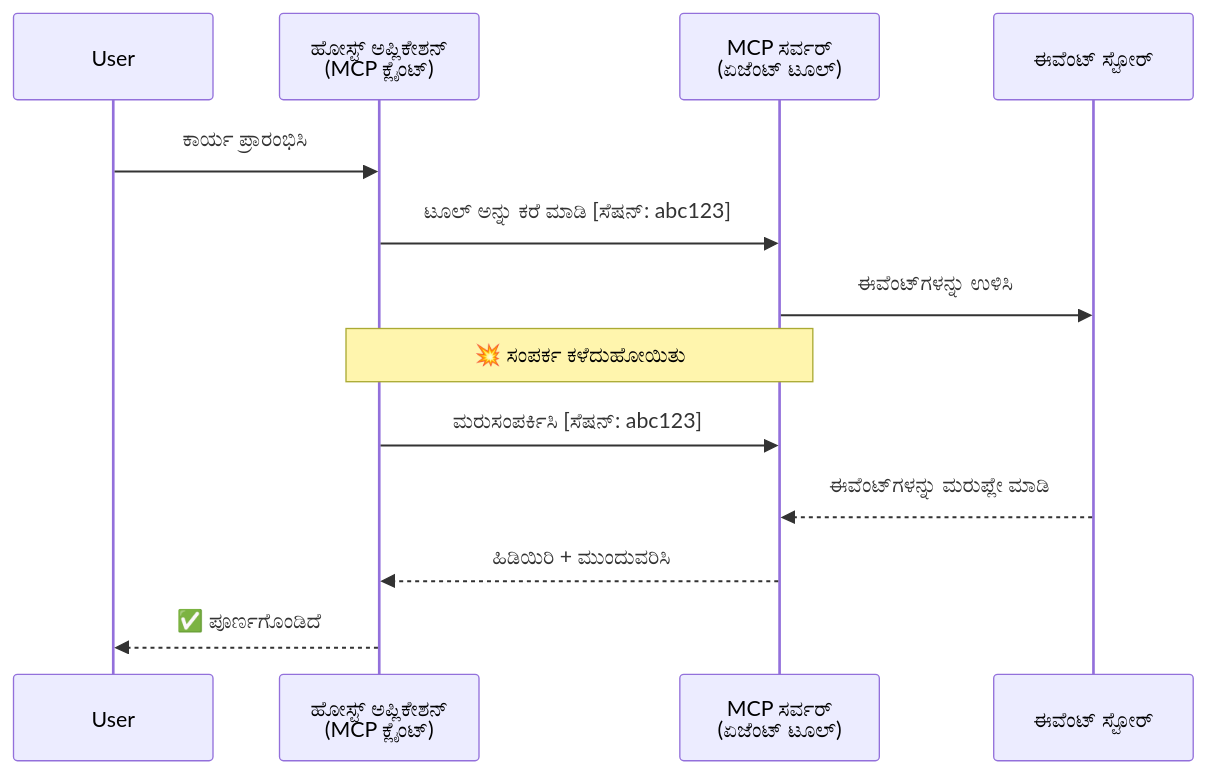
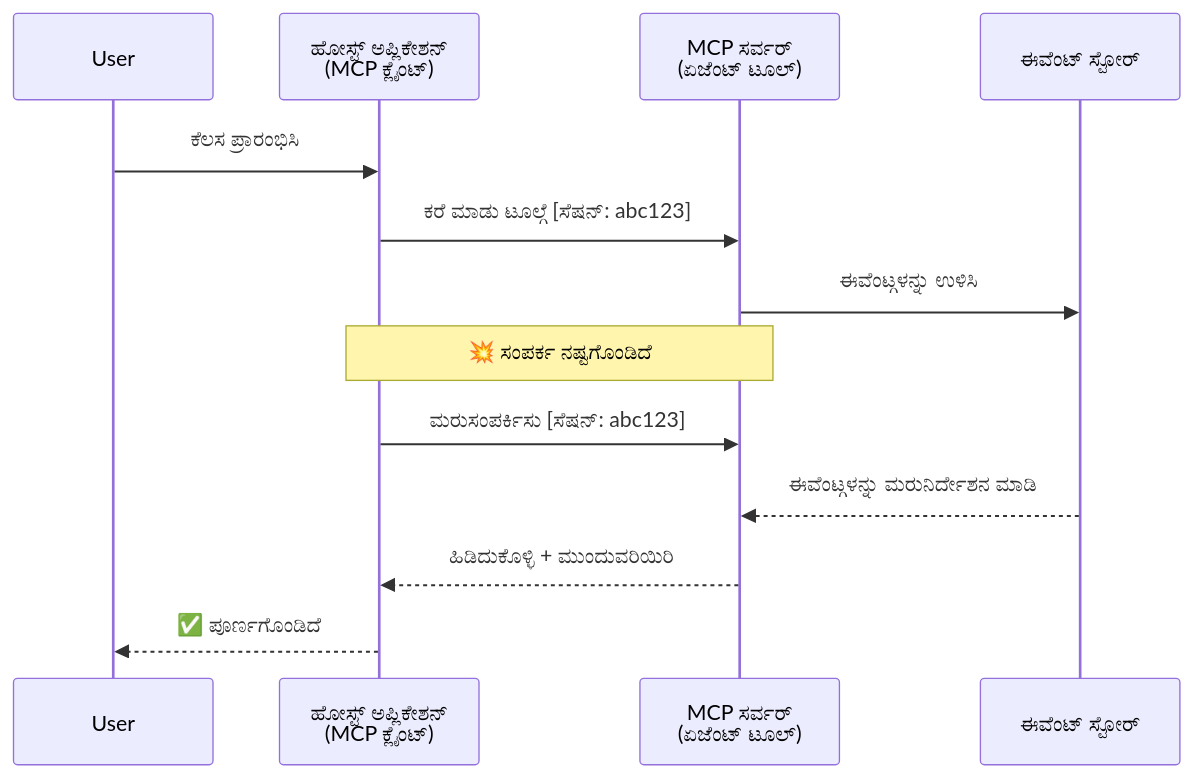
The second of 5 diagrams in translations/kn/11-agentic-protocols/code_samples/mcp-agents/README.md (microsoft/ai-agents-for-beginners), drawn with Mermaid before and after one commit. The commit also changed other lines of this file and 224 other files, not shown here.

````diff
--- a/translations/kn/11-agentic-protocols/code_samples/mcp-agents/README.md
+++ b/translations/kn/11-agentic-protocols/code_samples/mcp-agents/README.md
@@ -81,18 +82,18 @@
 ```mermaid
 sequenceDiagram
     participant User
     participant Host as ಹೋಸ್ಟ್ ಅಪ್ಲಿಕೇಶನ್<br/>(MCP ಕ್ಲೈಂಟ್)
     participant Server as MCP ಸರ್ವರ್<br/>(ಏಜೆಂಟ್ ಟೂಲ್)
     participant Store as ಈವೆಂಟ್ ಸ್ಟೋರ್
 
-    User->>Host: ಕಾರ್ಯ ಪ್ರಾರಂಭಿಸಿ
-    Host->>Server: ಟೂಲ್ ಅನ್ನು ಕರೆ ಮಾಡಿ [ಸೆಷನ್: abc123]
-    Server->>Store: ಈವೆಂಟ್‌ಗಳನ್ನು ಉಳಿಸಿ
+    User->>Host: ಕೆಲಸ ಪ್ರಾರಂಭಿಸಿ
+    Host->>Server: ಕರೆ ಮಾಡು ಟೂಲ್ಗೆ [ಸೆಷನ್: abc123]
+    Server->>Store: ಈವೆಂಟ್ಗಳನ್ನು ಉಳಿಸಿ
 
-    Note over Host,Server: 💥 ಸಂಪರ್ಕ ಕಳೆದುಹೋಯಿತು
+    Note over Host,Server: 💥 ಸಂಪರ್ಕ ನಷ್ಟಗೊಂಡಿದೆ
 
-    Host->>Server: ಮರುಸಂಪರ್ಕಿಸಿ [ಸೆಷನ್: abc123]
-    Store-->>Server: ಈವೆಂಟ್‌ಗಳನ್ನು ಮರುಪ್ಲೇ ಮಾಡಿ
-    Server-->>Host: ಹಿಡಿಯಿರಿ + ಮುಂದುವರಿಸಿ
+    Host->>Server: ಮರುಸಂಪರ್ಕಿಸು [ಸೆಷನ್: abc123]
+    Store-->>Server: ಈವೆಂಟ್ಗಳನ್ನು ಮರುನಿರ್ದೇಶನ ಮಾಡಿ
+    Server-->>Host: ಹಿಡಿದುಕೊಳ್ಳಿ + ಮುಂದುವರಿಯಿರಿ
     Host-->>User: ✅ ಪೂರ್ಣಗೊಂಡಿದೆ
 ```
````
